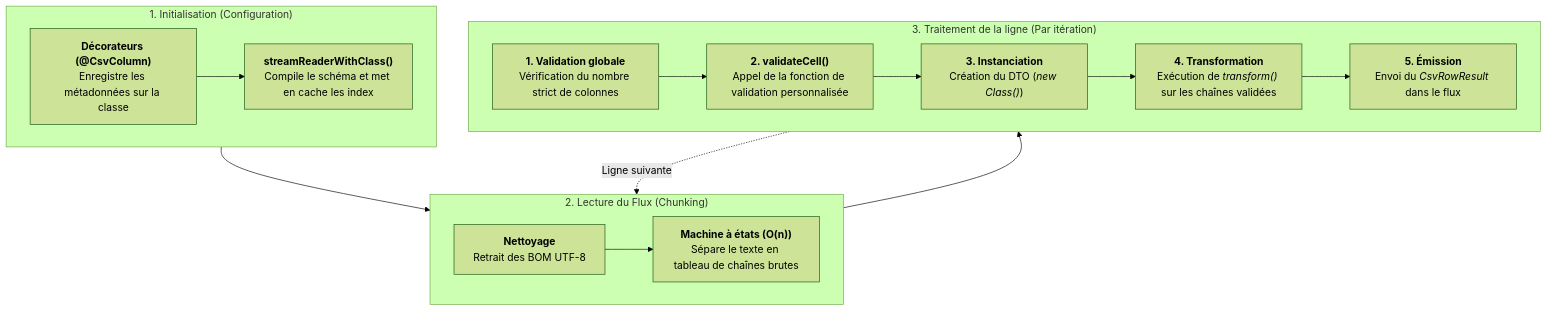
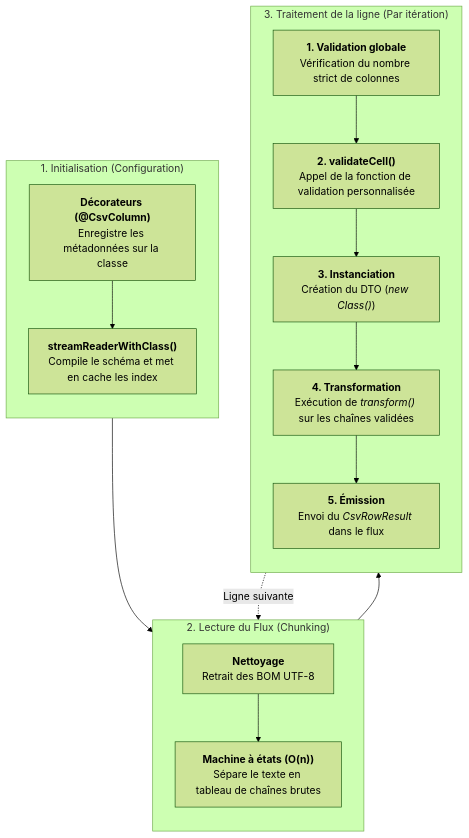
The diagram in README.fr.md (JetonpecheCorp/csv-airstream), drawn with Mermaid (forest theme) before and after one commit. The commit also changed 1 other file, not shown here.

Commit message:
MERMAID haut en bas

````diff
--- a/README.fr.md
+++ b/README.fr.md
@@ -45,24 +45,27 @@
 ```mermaid
 flowchart TD
     subgraph Setup ["1. Initialisation (Configuration)"]
+        direction TB
         A["<b>Décorateurs (@CsvColumn)</b><br/>Enregistre les métadonnées sur la classe"] --> B
         B["<b>streamReaderWithClass()</b><br/>Compile le schéma et met en cache les index"]
     end
 
     subgraph Streaming ["2. Lecture du Flux (Chunking)"]
+        direction TB
         C["<b>Nettoyage</b><br/>Retrait des BOM UTF-8"] --> D
         D["<b>Machine à états (O(n))</b><br/>Sépare le texte en tableau de chaînes brutes"]
     end
 
     subgraph Row ["3. Traitement de la ligne (Par itération)"]
+        direction TB
         E["<b>1. Validation globale</b><br/>Vérification du nombre strict de colonnes"] --> F
         F["<b>2. validateCell()</b><br/>Appel de la fonction de validation personnalisée"] --> G
         G["<b>3. Instanciation</b><br/>Création du DTO (<i>new Class()</i>)"] --> H
         H["<b>4. Transformation</b><br/>Exécution de <i>transform()</i> sur les chaînes validées"] --> I
         I["<b>5. Émission</b><br/>Envoi du <i>CsvRowResult</i> dans le flux"]
     end
 
     Setup --> Streaming
     Streaming --> Row
     Row -. Ligne suivante .-> Streaming
 ```
````
